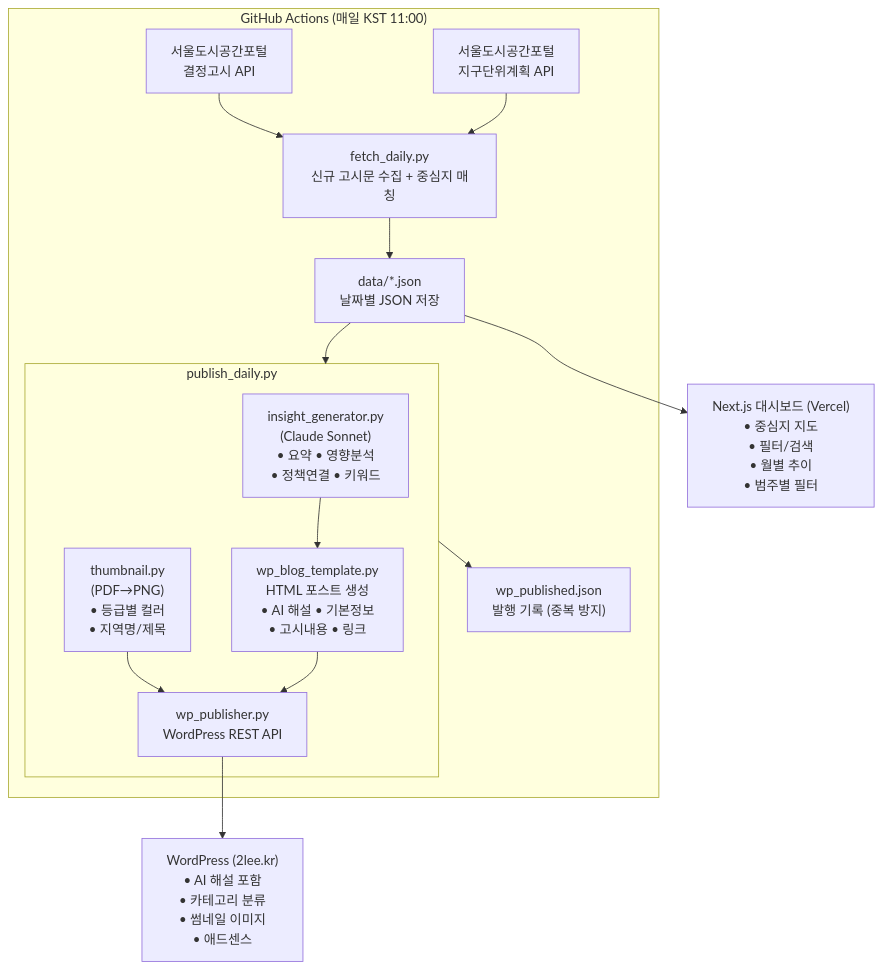
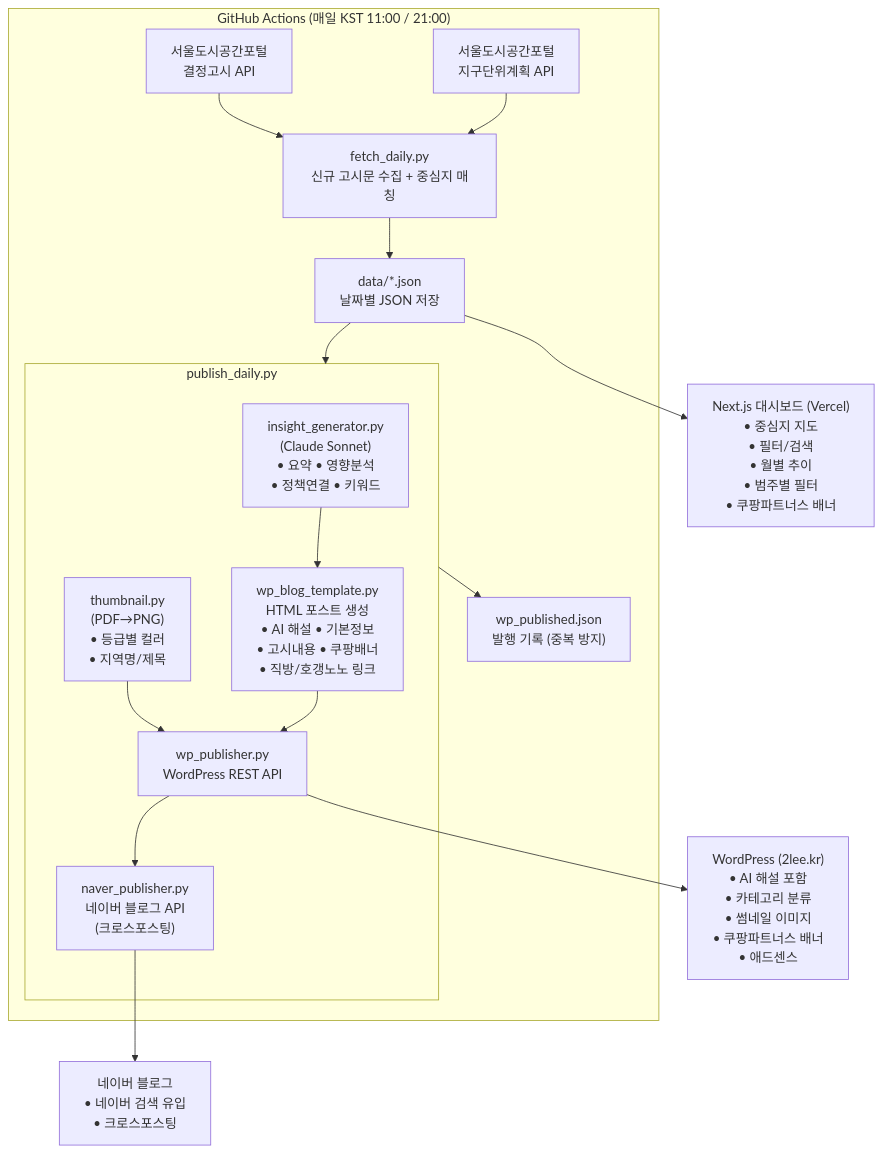
The diagram in README.md (Leebonggu/seoul-urban-plan-monitor), drawn with Mermaid before and after one commit. The commit also changed other lines of this file, not shown here.

First line of the commit message:
docs: README 현행화 — 수익화·네이버·파일구조·환경변수 추가

````diff
--- a/README.md
+++ b/README.md
@@ -12,30 +12,33 @@
 ```mermaid
 flowchart TD
-    subgraph GHA["GitHub Actions (매일 KST 11:00)"]
+    subgraph GHA["GitHub Actions (매일 KST 11:00 / 21:00)"]
         API1["서울도시공간포털<br/>결정고시 API"]
         API2["서울도시공간포털<br/>지구단위계획 API"]
         FETCH["fetch_daily.py<br/>신규 고시문 수집 + 중심지 매칭"]
         DATA["data/*.json<br/>날짜별 JSON 저장"]
 
         API1 --> FETCH
         API2 --> FETCH
         FETCH --> DATA
 
         subgraph PUB["publish_daily.py"]
             INSIGHT["insight_generator.py<br/>(Claude Sonnet)<br/>• 요약 • 영향분석<br/>• 정책연결 • 키워드"]
             THUMB["thumbnail.py<br/>(PDF→PNG)<br/>• 등급별 컬러<br/>• 지역명/제목"]
-            TEMPLATE["wp_blog_template.py<br/>HTML 포스트 생성<br/>• AI 해설 • 기본정보<br/>• 고시내용 • 링크"]
+            TEMPLATE["wp_blog_template.py<br/>HTML 포스트 생성<br/>• AI 해설 • 기본정보<br/>• 고시내용 • 쿠팡배너<br/>• 직방/호갱노노 링크"]
             WPAPI["wp_publisher.py<br/>WordPress REST API"]
+            NAVER["naver_publisher.py<br/>네이버 블로그 API<br/>(크로스포스팅)"]
 
             INSIGHT --> TEMPLATE
             THUMB --> WPAPI
             TEMPLATE --> WPAPI
+            WPAPI --> NAVER
         end
 
         DATA --> PUB
         PUB --> PUBLISHED["wp_published.json<br/>발행 기록 (중복 방지)"]
     end
 
-    WPAPI --> WP["WordPress (2lee.kr)<br/>• AI 해설 포함<br/>• 카테고리 분류<br/>• 썸네일 이미지<br/>• 애드센스"]
-    DATA --> DASH["Next.js 대시보드 (Vercel)<br/>• 중심지 지도<br/>• 필터/검색<br/>• 월별 추이<br/>• 범주별 필터"]
+    WPAPI --> WP["WordPress (2lee.kr)<br/>• AI 해설 포함<br/>• 카테고리 분류<br/>• 썸네일 이미지<br/>• 쿠팡파트너스 배너<br/>• 애드센스"]
+    NAVER --> NB["네이버 블로그<br/>• 네이버 검색 유입<br/>• 크로스포스팅"]
+    DATA --> DASH["Next.js 대시보드 (Vercel)<br/>• 중심지 지도<br/>• 필터/검색<br/>• 월별 추이<br/>• 범주별 필터<br/>• 쿠팡파트너스 배너"]
 ```
````
